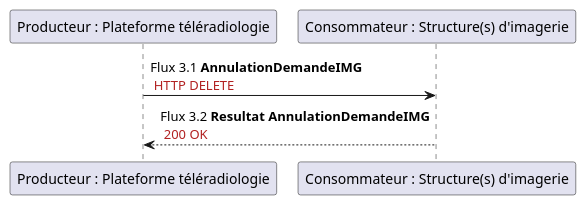
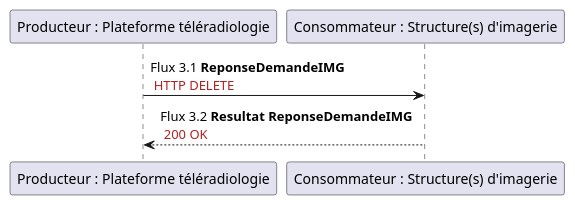
Before and after one commit to ansforge/interop-ig-hl7v2-teleradiologie: the diagram in input/images-source/flux3.plantuml, drawn with PlantUML. The commit also changed 2 other files, not shown here.

Commit message:
Ajout titre figure

```diff
--- a/input/images-source/flux3.plantuml
+++ b/input/images-source/flux3.plantuml
@@ -1,5 +1,5 @@
 @startuml
 
-"Producteur : Plateforme téléradiologie" -> "Consommateur : Structure(s) d'imagerie" : Flux 3.1 **AnnulationDemandeIMG** \n <color #FireBrick>HTTP DELETE</color>
-"Producteur : Plateforme téléradiologie" <-- "Consommateur : Structure(s) d'imagerie" : Flux 3.2 **Resultat AnnulationDemandeIMG**\n <color #FireBrick>200 OK</color>
+"Producteur : Plateforme téléradiologie" -> "Consommateur : Structure(s) d'imagerie" : Flux 3.1 **ReponseDemandeIMG** \n <color #FireBrick>HTTP DELETE</color>
+"Producteur : Plateforme téléradiologie" <-- "Consommateur : Structure(s) d'imagerie" : Flux 3.2 **Resultat ReponseDemandeIMG**\n <color #FireBrick>200 OK</color>
 @enduml
```
